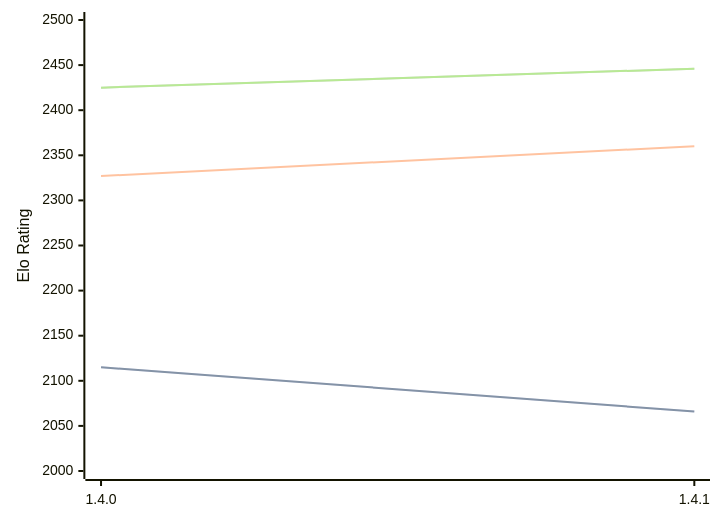
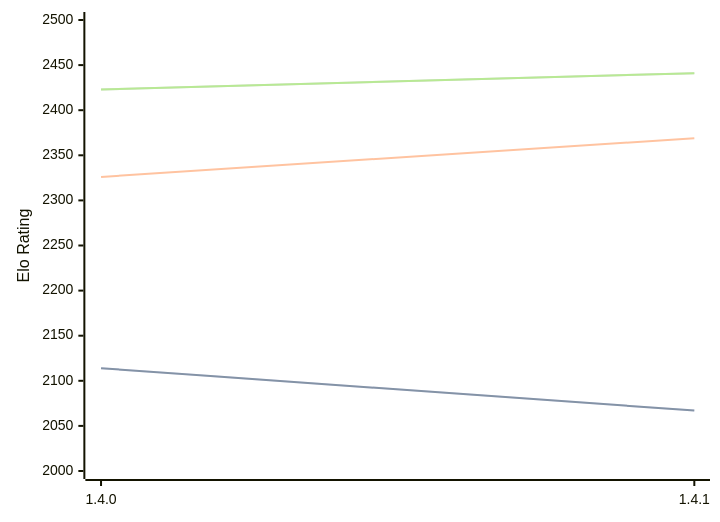
Before and after one commit to computer-chess-index/cci: the diagram in engines/Tofiks.md, drawn with Mermaid. The commit also changed other lines of this file, not shown here.

Commit message:
Update CCI Ratings (ELO VLTC) - 2026-04-17

````diff
--- a/engines/Tofiks.md
+++ b/engines/Tofiks.md
@@ -36,11 +36,11 @@
 ```mermaid
 %%{init: {"theme":"base","themeVariables":{"seriesColors:['#a3a3a3','#222221','#faa371']}}}%%
 xychart-beta
   x-axis ["1.4.0", "1.4.1"]
   y-axis "Elo Rating" 2000 --> 2500
-  line "STC (8.0+0.08s)" [2115, 2066]
-  line "STC (8.0+0.08s)" [2115, 2066]
-  line "LTC (60.0+0.60s)" [2327, 2360]
-  line "VLTC (2m24s+1.12s)" [2425, 2446]
-  line "VLTC (2m24s+1.12s)" [2425, 2446]
+  line "STC (8.0+0.08s)" [2114, 2067]
+  line "STC (8.0+0.08s)" [2114, 2067]
+  line "LTC (60.0+0.60s)" [2326, 2369]
+  line "VLTC (2m24s+1.12s)" [2423, 2441]
+  line "VLTC (2m24s+1.12s)" [2423, 2441]
 ```
````
